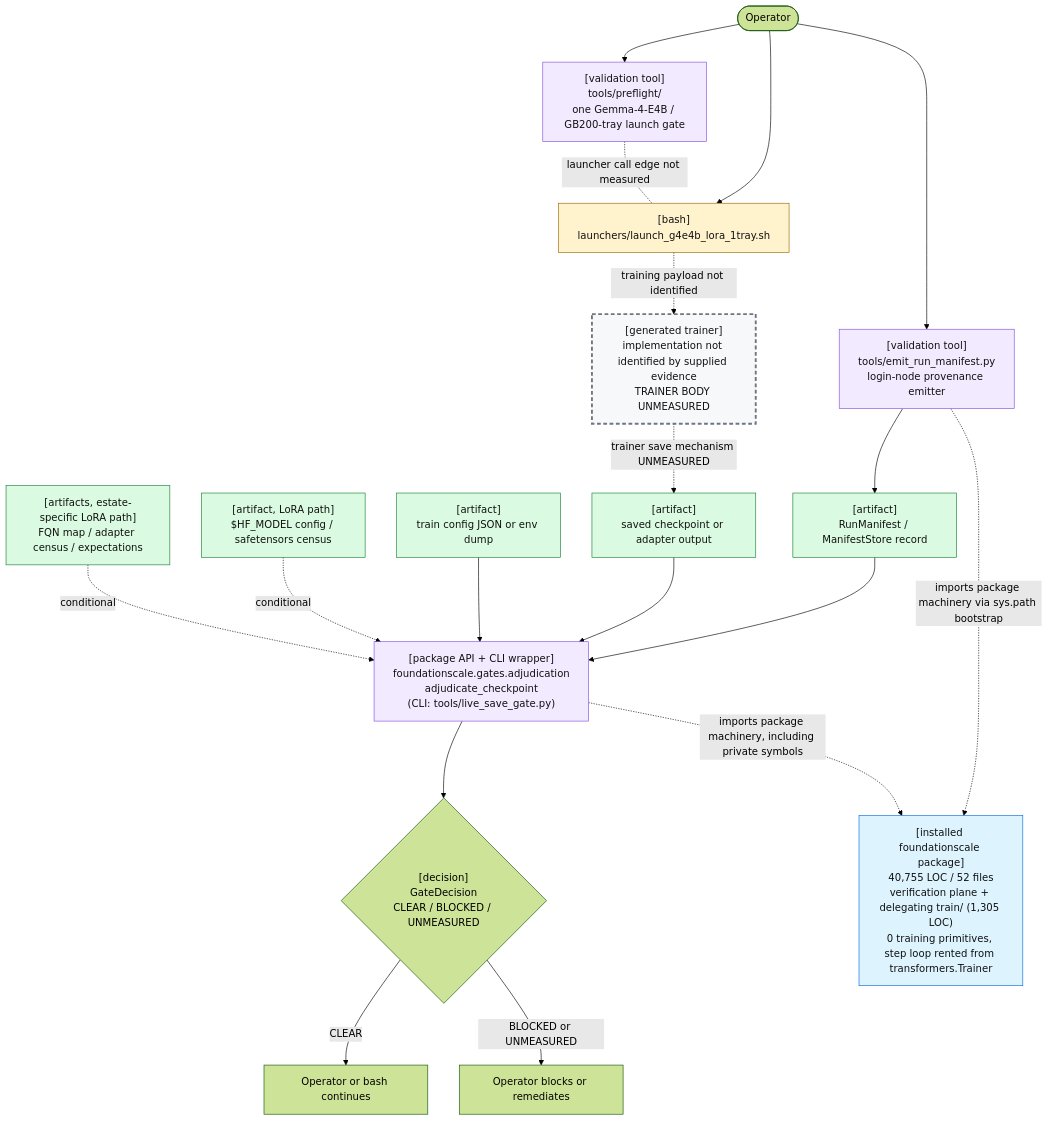
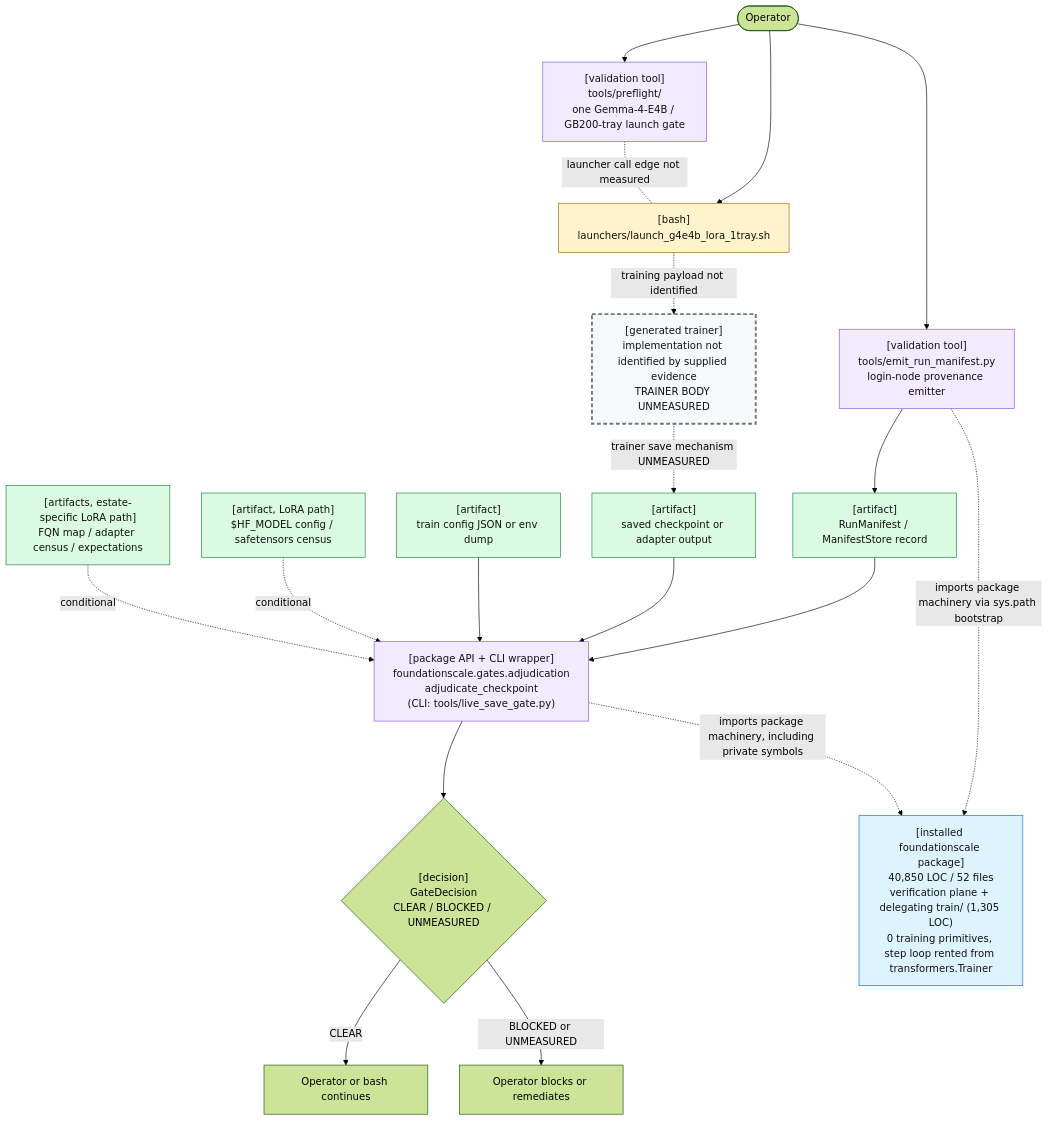
Before and after one commit to TranNhiem/FoundationScale: the first of 2 diagrams in docs/review/D2_current_architecture.md, drawn with Mermaid (forest theme). The commit also changed other lines of this file and 27 other files, not shown here.

````diff
--- a/docs/review/D2_current_architecture.md
+++ b/docs/review/D2_current_architecture.md
@@ -25,59 +25,59 @@
 ```mermaid
 flowchart TB
   O(["Operator"])
 
   PF["[validation tool]<br/>tools/preflight/<br/>one Gemma-4-E4B / GB200-tray launch gate"]
   L["[bash]<br/>launchers/launch_g4e4b_lora_1tray.sh"]
 
   E["[validation tool]<br/>tools/emit_run_manifest.py<br/>login-node provenance emitter"]
   M["[artifact]<br/>RunManifest / ManifestStore record"]
 
   T["[generated trainer]<br/>implementation not identified by supplied evidence<br/>TRAINER BODY UNMEASURED"]
   C["[artifact]<br/>saved checkpoint or adapter output"]
 
   G["[package API + CLI wrapper]<br/>foundationscale.gates.adjudication<br/>adjudicate_checkpoint<br/>(CLI: tools/live_save_gate.py)"]
   CFG["[artifact]<br/>train config JSON or env dump"]
   BASE["[artifact, LoRA path]<br/>$HF_MODEL config / safetensors census"]
   CEN["[artifacts, estate-specific LoRA path]<br/>FQN map / adapter census / expectations"]
 
   D{"[decision]<br/>GateDecision<br/>CLEAR / BLOCKED / UNMEASURED"}
   OK["Operator or bash continues"]
   NO["Operator blocks or remediates"]
 
-  PKG["[installed foundationscale package]<br/>40,755 LOC / 52 files<br/>verification plane + delegating train/ (1,305 LOC)<br/>0 training primitives, step loop rented from transformers.Trainer"]
+  PKG["[installed foundationscale package]<br/>40,850 LOC / 52 files<br/>verification plane + delegating train/ (1,305 LOC)<br/>0 training primitives, step loop rented from transformers.Trainer"]
 
   O --> PF
   O --> L
   PF -. "launcher call edge not measured" .- L
 
   O --> E
   E --> M
 
   L -. "training payload not identified" .-> T
   T -. "trainer save mechanism UNMEASURED" .-> C
 
   M --> G
   C --> G
   CFG --> G
   BASE -. "conditional" .-> G
   CEN -. "conditional" .-> G
 
   E -. "imports package machinery via sys.path bootstrap" .-> PKG
   G -. "imports package machinery, including private symbols" .-> PKG
 
   G --> D
   D -->|"CLEAR"| OK
   D -->|"BLOCKED or UNMEASURED"| NO
 
   classDef bash fill:#fff3cd,stroke:#9a6700,color:#111;
   classDef tool fill:#f2eaff,stroke:#8250df,color:#111;
   classDef artifact fill:#dafbe1,stroke:#1a7f37,color:#111;
   classDef gap fill:#f6f8fa,stroke:#6e7781,stroke-width:3px,stroke-dasharray: 6 4,color:#111;
   classDef pkg fill:#ddf4ff,stroke:#0969da,color:#111;
 
   class L bash;
   class PF,E,G tool;
   class M,C,CFG,BASE,CEN artifact;
   class T gap;
   class PKG pkg;
 ```
````
